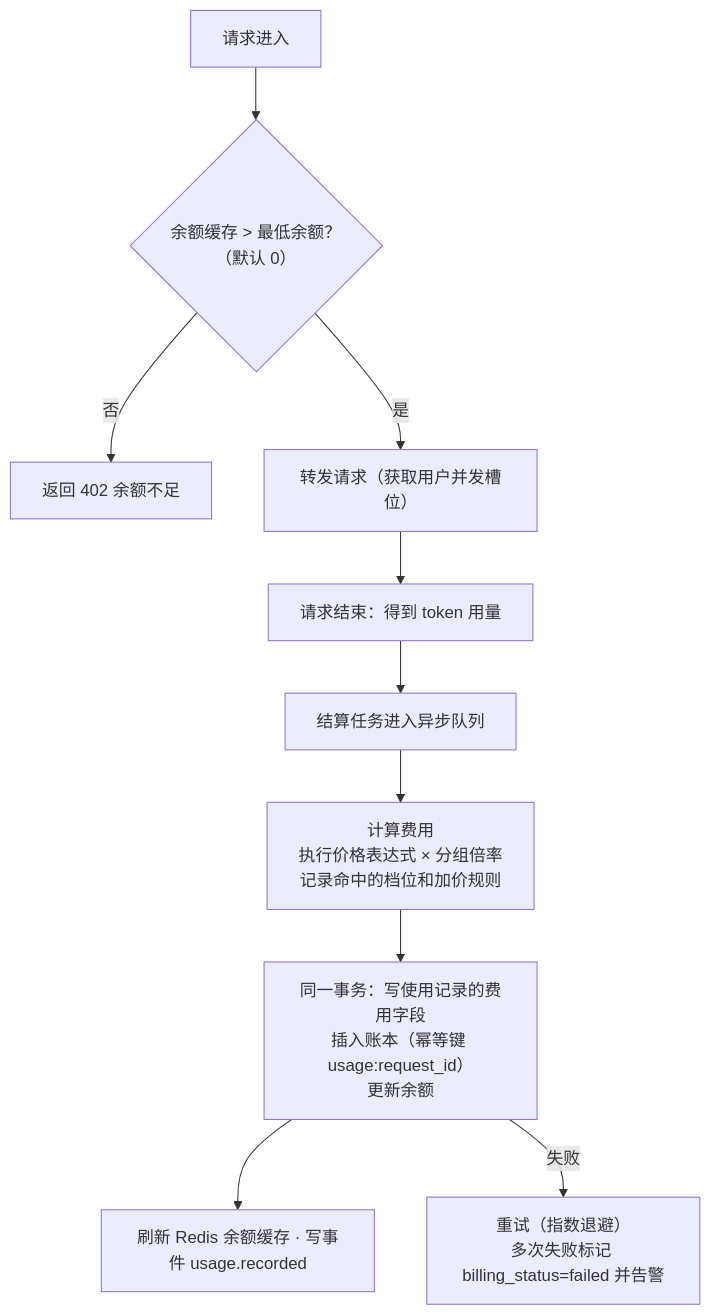
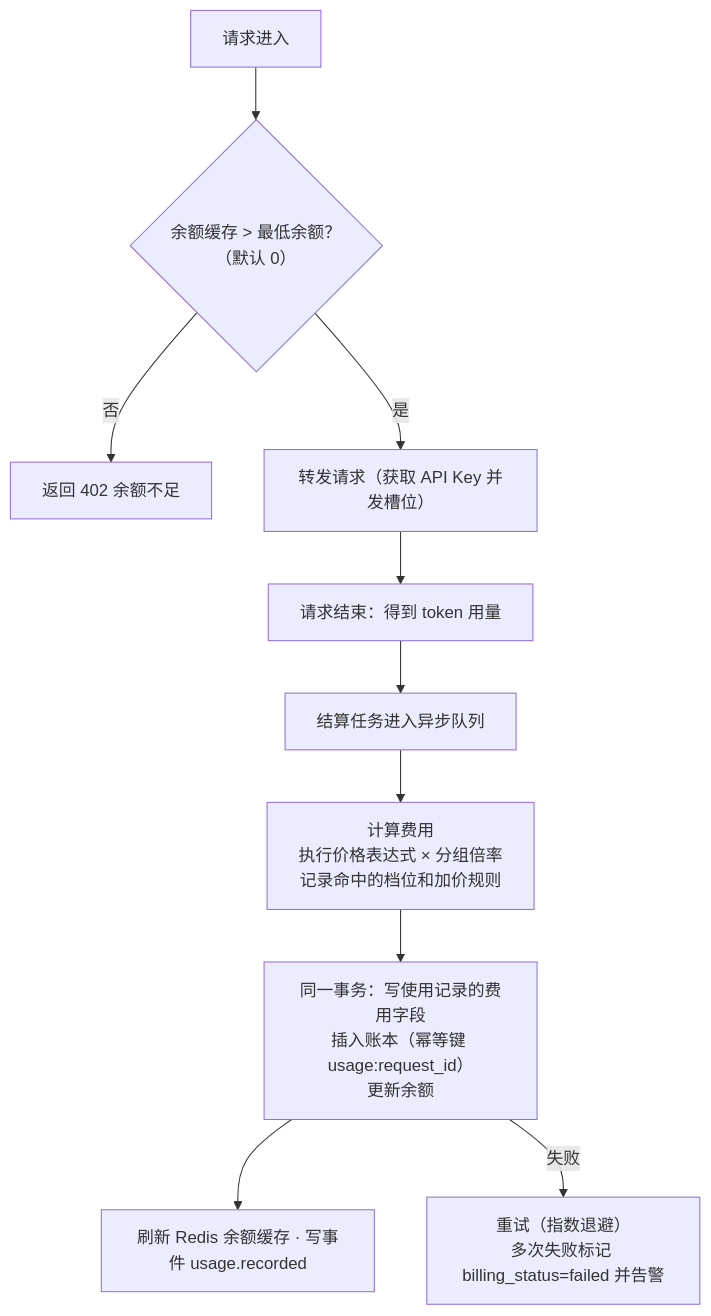
Before and after one commit to Sub2API-Devs/sup2api: the tenth of 18 diagrams in next/docs/ARCHITECTURE.md, drawn with Mermaid. The commit also changed other lines of this file and 27 other files, not shown here.

````diff
--- a/next/docs/ARCHITECTURE.md
+++ b/next/docs/ARCHITECTURE.md
@@ -1068,12 +1067,12 @@
 ```mermaid
 flowchart TD
   a["请求进入"] --> b{"余额缓存 > 最低余额？<br/>（默认 0）"}
   b -- 否 --> x["返回 402 余额不足"]
-  b -- 是 --> c["转发请求（获取用户并发槽位）"]
+  b -- 是 --> c["转发请求（获取 API Key 并发槽位）"]
   c --> d["请求结束：得到 token 用量"]
   d --> e["结算任务进入异步队列"]
   e --> f["计算费用<br/>执行价格表达式 × 分组倍率<br/>记录命中的档位和加价规则"]
   f --> g["同一事务：写使用记录的费用字段<br/>插入账本（幂等键 usage:request_id）<br/>更新余额"]
   g --> h["刷新 Redis 余额缓存 · 写事件 usage.recorded"]
   g -- 失败 --> r["重试（指数退避）<br/>多次失败标记 billing_status=failed 并告警"]
 ```
````
